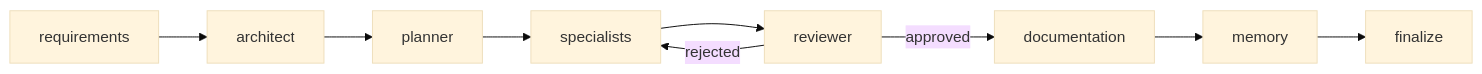
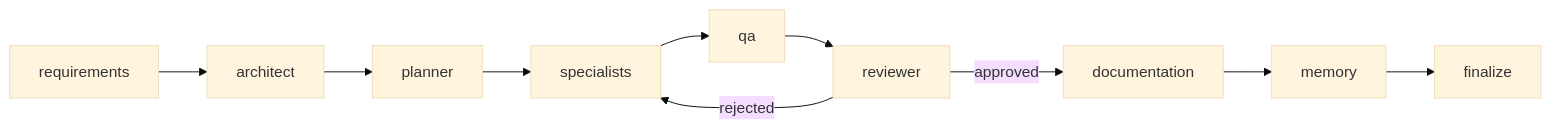
The third of 4 diagrams in docs/GUIA-DE-USO.md (robferreira/dreamteam), drawn with Mermaid (base theme) before and after one commit. The commit also changed other lines of this file and 76 other files, not shown here.

````diff
--- a/docs/GUIA-DE-USO.md
+++ b/docs/GUIA-DE-USO.md
@@ -649,11 +649,12 @@
 ```mermaid
 flowchart LR
     REQ[requirements] --> ARCH[architect]
     ARCH --> PLAN[planner]
     PLAN --> SPEC[specialists]
-    SPEC --> REV[reviewer]
+    SPEC --> QA[qa]
+    QA --> REV[reviewer]
     REV -->|approved| DOC[documentation]
     REV -->|rejected| SPEC
     DOC --> MEM[memory]
     MEM --> FINISH[finalize]
 ```
````
